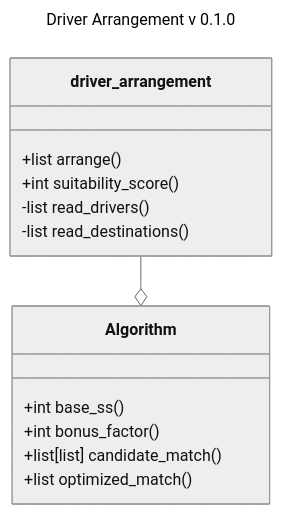
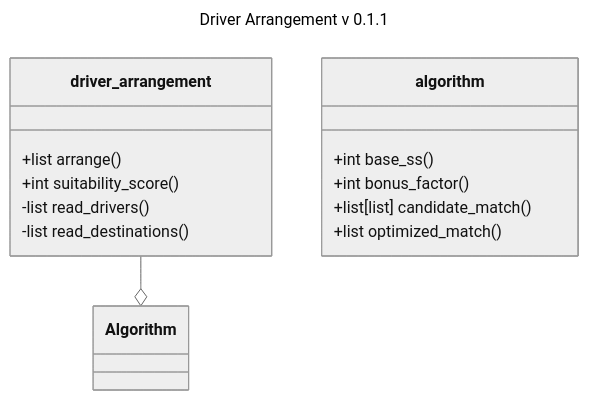
The diagram in module_diagram.md (LiangA/platform_science_assignment), drawn with Mermaid (neutral theme) before and after one commit.

Commit message:
📝fix module naming to follow PEP8

````diff
--- a/module_diagram.md
+++ b/module_diagram.md
@@ -1,20 +1,20 @@
 ```mermaid
 ---
-title: Driver Arrangement v 0.1.0
+title: Driver Arrangement v 0.1.1
 ---
 classDiagram
     driver_arrangement --o Algorithm
 
     class driver_arrangement{
         +list arrange()
         +int suitability_score()
         -list read_drivers()
         -list read_destinations()
     }
-    class Algorithm{
+    class algorithm{
         +int base_ss()
         +int bonus_factor()
         +list[list] candidate_match()
         +list optimized_match()
     }
 ```
````
